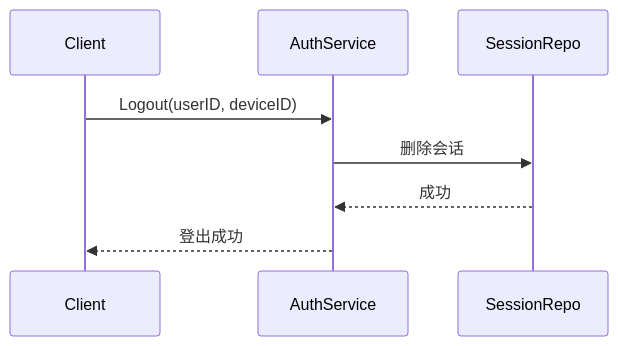
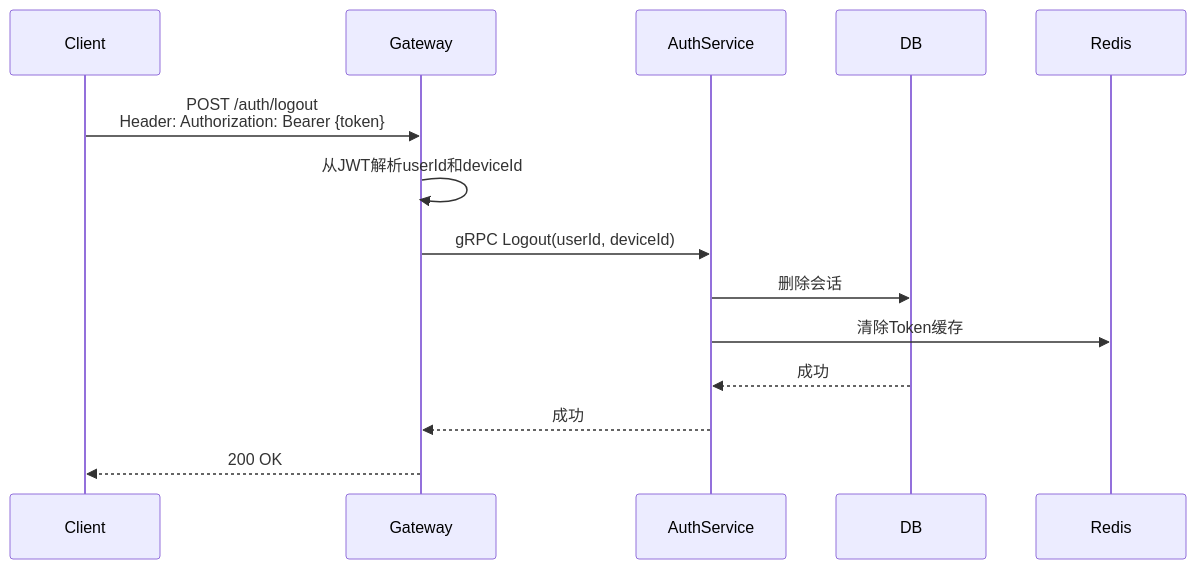
The third of 3 diagrams in docs/design/auth/session.md (yzhgit/anychat-server), drawn with Mermaid before and after one commit. The commit also changed other lines of this file and 30 other files, not shown here.

First line of the commit message:
docs: 更新设计文档时序图，添加Gateway和NATS参与者

````diff
--- a/docs/design/auth/session.md
+++ b/docs/design/auth/session.md
@@ -70,11 +81,17 @@
 ```mermaid
 sequenceDiagram
     participant Client
+    participant Gateway
     participant AuthService
-    participant SessionRepo
+    participant DB
+    participant Redis
 
-    Client->>AuthService: Logout(userID, deviceID)
-    AuthService->>SessionRepo: 删除会话
-    SessionRepo-->>AuthService: 成功
-    AuthService-->>Client: 登出成功
+    Client->>Gateway: POST /auth/logout<br/>Header: Authorization: Bearer {token}
+    Gateway->>Gateway: 从JWT解析userId和deviceId
+    Gateway->>AuthService: gRPC Logout(userId, deviceId)
+    AuthService->>DB: 删除会话
+    AuthService->>Redis: 清除Token缓存
+    DB-->>AuthService: 成功
+    AuthService-->>Gateway: 成功
+    Gateway-->>Client: 200 OK
 ```
````
